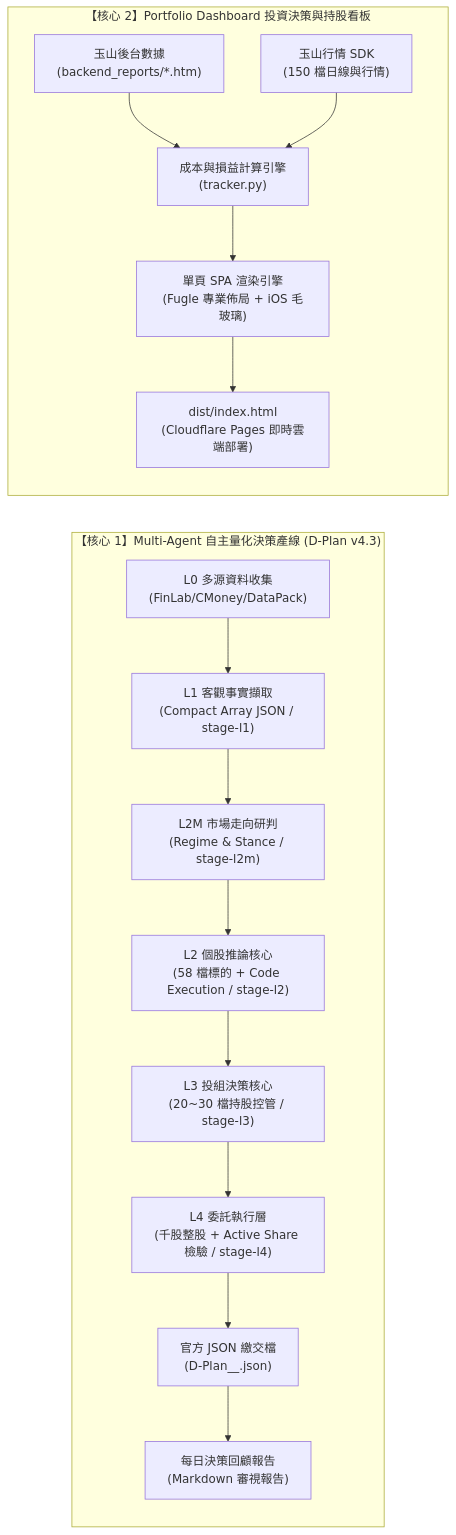
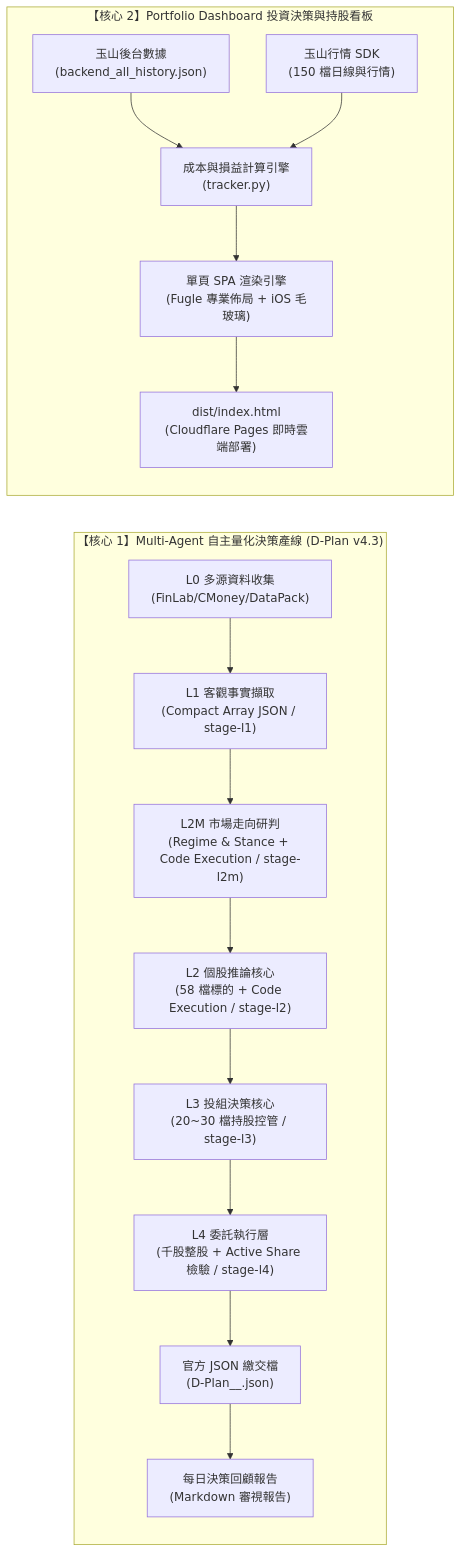
The first of 2 diagrams in README.md (codyliao0327/esun-ai-cup-2026), drawn with Mermaid before and after one commit. The commit also changed other lines of this file and 21 other files, not shown here.

````diff
--- a/README.md
+++ b/README.md
@@ -14,19 +14,19 @@
 ```mermaid
 flowchart LR
     subgraph Core1["【核心 1】Multi-Agent 自主量化決策產線 (D-Plan v4.3)"]
         L0["L0 多源資料收集\n(FinLab/CMoney/DataPack)"] --> L1["L1 客觀事實擷取\n(Compact Array JSON / stage-l1)"]
-        L1 --> L2M["L2M 市場走向研判\n(Regime & Stance / stage-l2m)"]
+        L1 --> L2M["L2M 市場走向研判\n(Regime & Stance + Code Execution / stage-l2m)"]
         L2M --> L2["L2 個股推論核心\n(58 檔標的 + Code Execution / stage-l2)"]
         L2 --> L3["L3 投組決策核心\n(20~30 檔持股控管 / stage-l3)"]
         L3 --> L4["L4 委託執行層\n(千股整股 + Active Share 檢驗 / stage-l4)"]
         L4 --> OUT["官方 JSON 繳交檔\n(D-Plan_<team_id>_<date>.json)"]
         OUT --> REP["每日決策回顧報告\n(Markdown 審視報告)"]
     end
 
     subgraph Core2["【核心 2】Portfolio Dashboard 投資決策與持股看板"]
-        BACK["玉山後台數據\n(backend_reports/*.htm)"] --> TRACK["成本與損益計算引擎\n(tracker.py)"]
+        BACK["玉山後台數據\n(backend_all_history.json)"] --> TRACK["成本與損益計算引擎\n(tracker.py)"]
         ESUN_API["玉山行情 SDK\n(150 檔日線與行情)"] --> TRACK
         TRACK --> BUILD["單頁 SPA 渲染引擎\n(Fugle 專業佈局 + iOS 毛玻璃)"]
         BUILD --> DIST["dist/index.html\n(Cloudflare Pages 即時雲端部署)"]
     end
 ```
````
